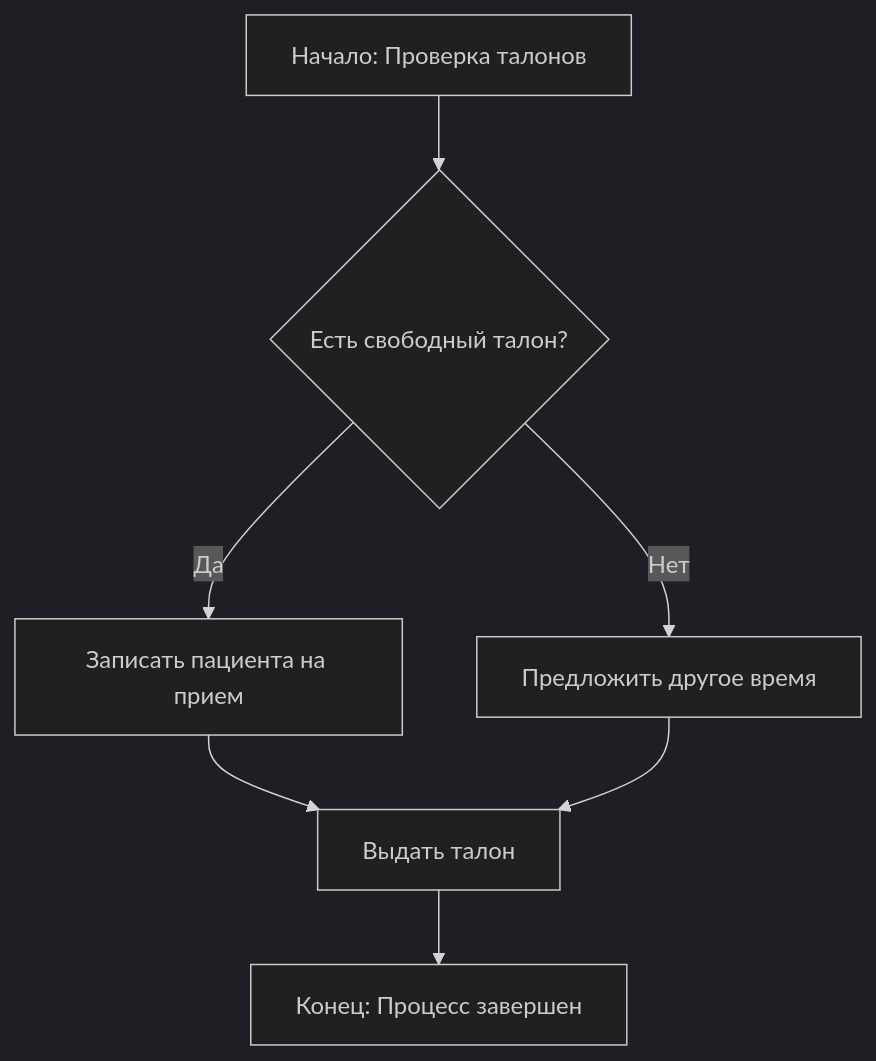
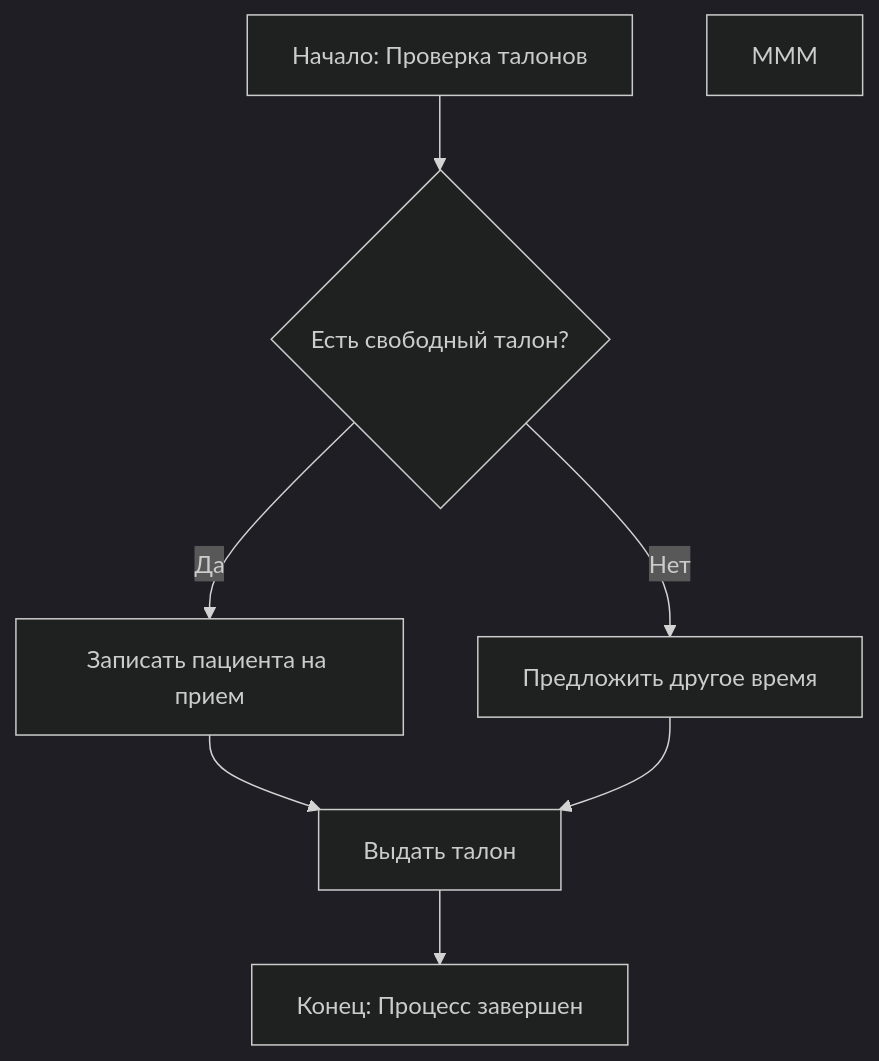
The diagram in lab1/docs/flowchart.md (mihedmasa-wq/visual-programming-labs-Mixed), drawn with Mermaid (dark theme) before and after one commit. The commit also changed 1 other file, not shown here.

Commit message:
Update Mermaid: add minor elements

````diff
--- a/lab1/docs/flowchart.md
+++ b/lab1/docs/flowchart.md
@@ -1,9 +1,10 @@
 ```mermaid
 flowchart TD
     A[Начало: Проверка талонов] --> B{Есть свободный талон?}
     B -->|Да| C[Записать пациента на прием]
     B -->|Нет| D[Предложить другое время]
     C --> E[Выдать талон]
     D --> E
     E --> F[Конец: Процесс завершен]
+    МММ
 ```
````
